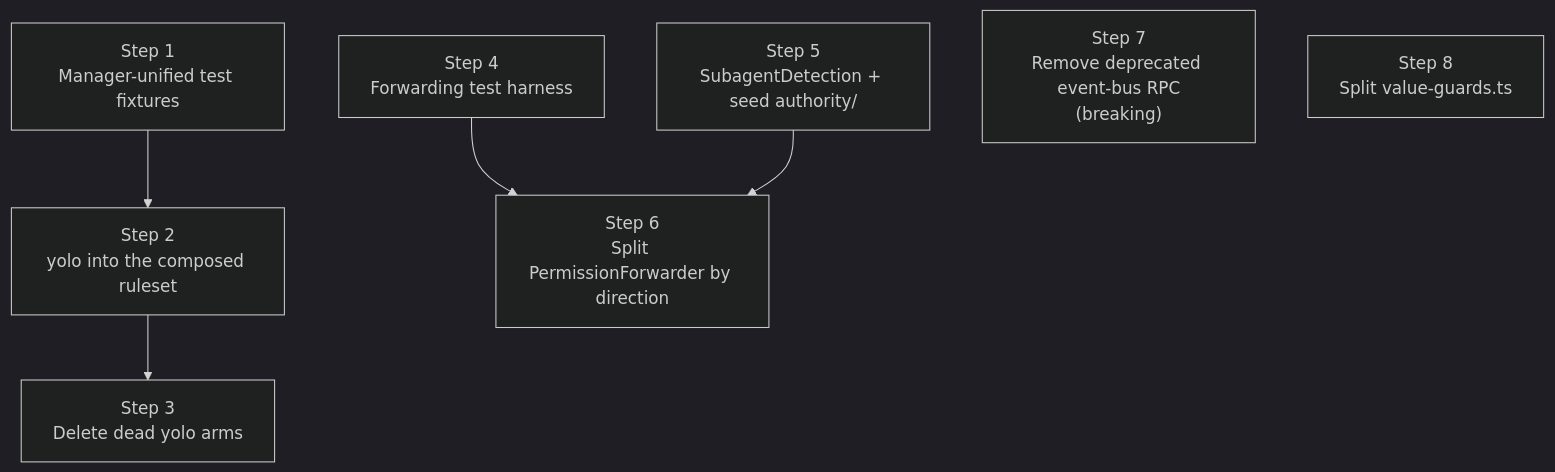
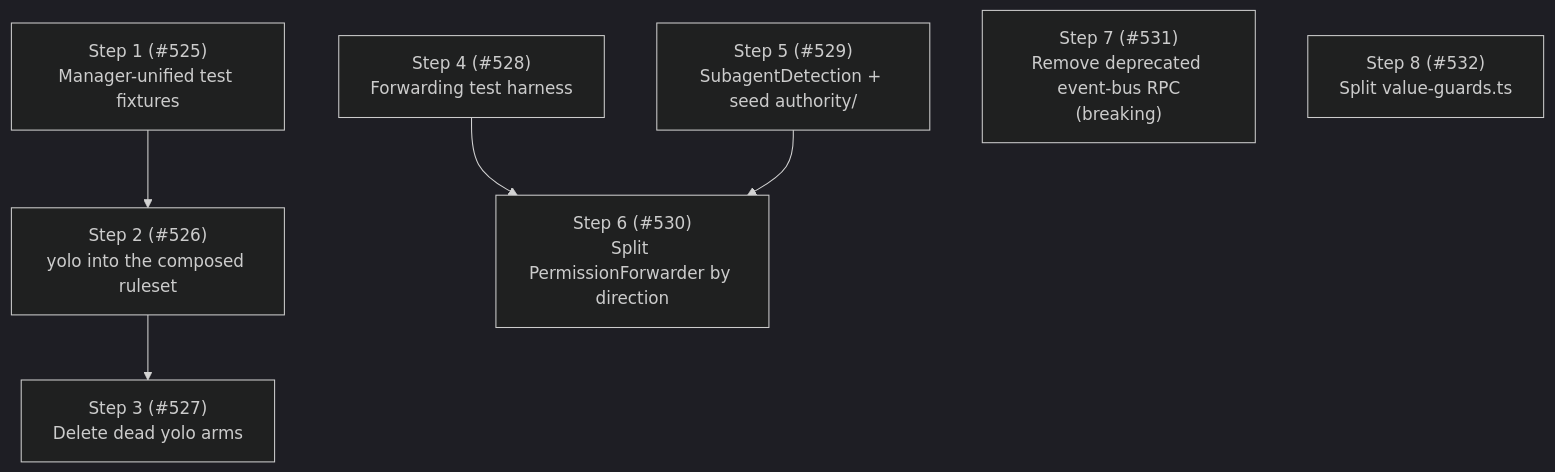
One commit to whaoa/forked-gotgenes-pi-packages changed the fourth of 4 diagrams in packages/pi-permission-system/docs/architecture/architecture.md. Above: the diagram before and after it, drawn with Mermaid (dark theme). The commit also changed other lines of this file, not shown here.

Commit message:
docs(pi-permission-system): link Phase 8 roadmap steps to issues #525-#532

````diff
--- a/packages/pi-permission-system/docs/architecture/architecture.md
+++ b/packages/pi-permission-system/docs/architecture/architecture.md
@@ -906,16 +906,16 @@
 ```mermaid
 flowchart TD
-    S1["Step 1<br/>Manager-unified test fixtures"]
-    S2["Step 2<br/>yolo into the composed ruleset"]
-    S3["Step 3<br/>Delete dead yolo arms"]
-    S4["Step 4<br/>Forwarding test harness"]
-    S5["Step 5<br/>SubagentDetection + seed authority/"]
-    S6["Step 6<br/>Split PermissionForwarder by direction"]
-    S7["Step 7<br/>Remove deprecated event-bus RPC<br/>(breaking)"]
-    S8["Step 8<br/>Split value-guards.ts"]
+    S1["Step 1 (#525)<br/>Manager-unified test fixtures"]
+    S2["Step 2 (#526)<br/>yolo into the composed ruleset"]
+    S3["Step 3 (#527)<br/>Delete dead yolo arms"]
+    S4["Step 4 (#528)<br/>Forwarding test harness"]
+    S5["Step 5 (#529)<br/>SubagentDetection + seed authority/"]
+    S6["Step 6 (#530)<br/>Split PermissionForwarder by direction"]
+    S7["Step 7 (#531)<br/>Remove deprecated event-bus RPC<br/>(breaking)"]
+    S8["Step 8 (#532)<br/>Split value-guards.ts"]
 
     S1 --> S2
     S2 --> S3
     S4 --> S6
     S5 --> S6
 ```
````
